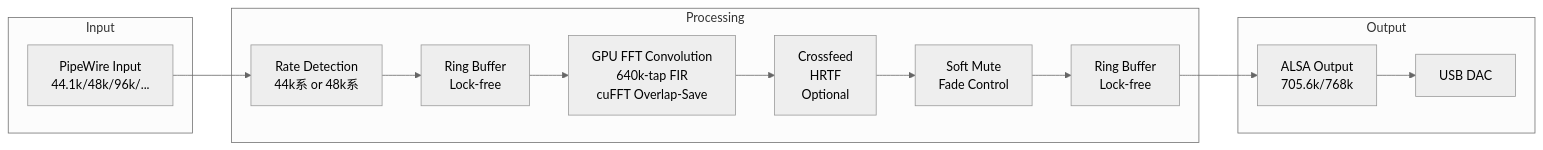
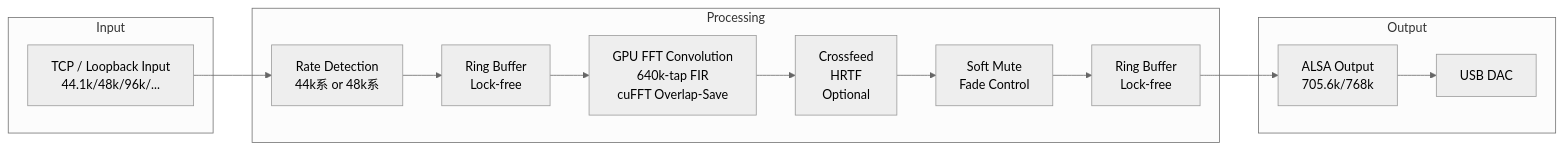
Before and after one commit to michihitoTakami/totton_audio_project: the first of 2 diagrams in README.md, drawn with Mermaid (neutral theme). The commit also changed other lines of this file and 31 other files, not shown here.

Commit message:
Remove PipeWire/RTP artifacts and align docs to ALSA/TCP

````diff
--- a/README.md
+++ b/README.md
@@ -56,22 +56,22 @@
 ```mermaid
 flowchart LR
     subgraph Input
-        PW[PipeWire Input<br/>44.1k/48k/96k/...]
+        IN[TCP / Loopback Input<br/>44.1k/48k/96k/...]
     end
 
     subgraph Processing
         RD[Rate Detection<br/>44k系 or 48k系]
         RB1[Ring Buffer<br/>Lock-free]
         GPU[GPU FFT Convolution<br/>640k-tap FIR<br/>cuFFT Overlap-Save]
         CF[Crossfeed<br/>HRTF<br/>Optional]
         SM[Soft Mute<br/>Fade Control]
         RB2[Ring Buffer<br/>Lock-free]
     end
 
     subgraph Output
         ALSA[ALSA Output<br/>705.6k/768k]
         DAC[USB DAC]
     end
 
-    PW --> RD --> RB1 --> GPU --> CF --> SM --> RB2 --> ALSA --> DAC
+    IN --> RD --> RB1 --> GPU --> CF --> SM --> RB2 --> ALSA --> DAC
 ```
````
